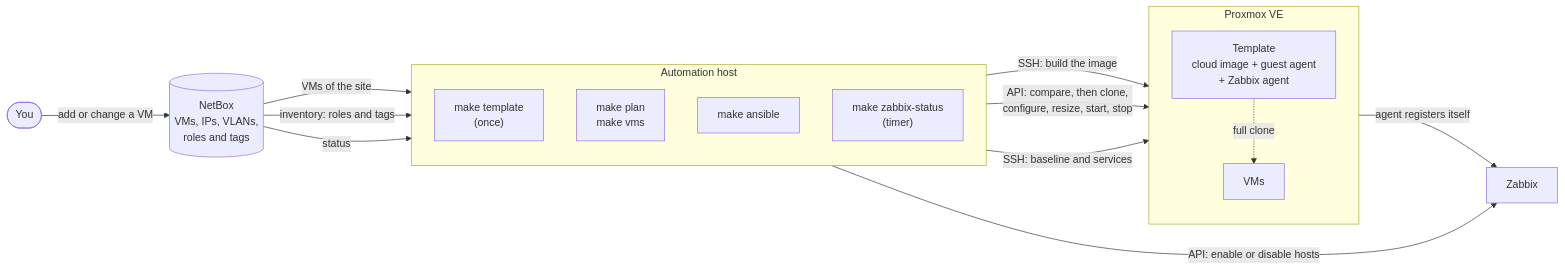
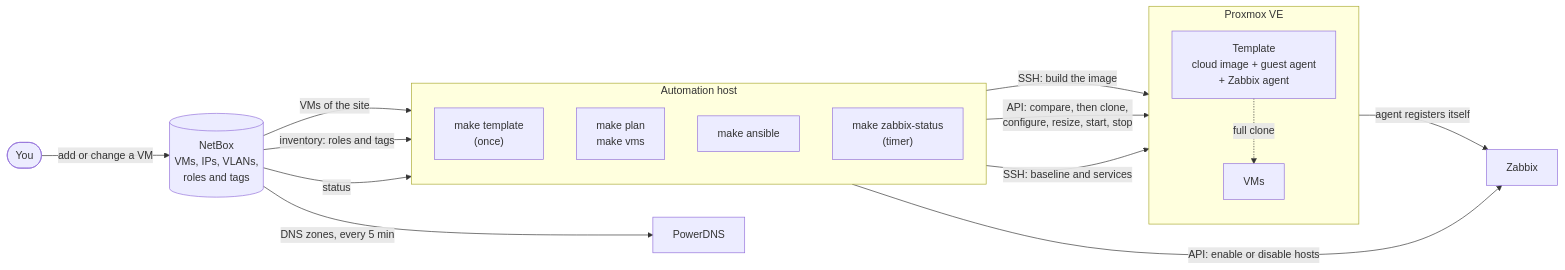
Before and after one commit to Packetflow-be/proxmox-netbox-ansible: the first of 4 diagrams in README.md, drawn with Mermaid. The commit also changed other lines of this file and 47 other files, not shown here.

````diff
--- a/README.md
+++ b/README.md
@@ -23,32 +23,34 @@
 ```mermaid
 flowchart LR
   you(["You"])
   nb[("NetBox<br/>VMs, IPs, VLANs,<br/>roles and tags")]
 
   subgraph ctl["Automation host"]
     direction TB
     tplcmd["make template<br/>(once)"]
     vmscmd["make plan<br/>make vms"]
     anscmd["make ansible"]
     zbxcmd["make zabbix-status<br/>(timer)"]
   end
 
   subgraph pve["Proxmox VE"]
     direction TB
     tpl["Template<br/>cloud image + guest agent<br/>+ Zabbix agent"]
     vm["VMs"]
     tpl -. "full clone" .-> vm
   end
 
   zbx["Zabbix"]
+  dns["PowerDNS"]
 
   you -- "add or change a VM" --> nb
   nb -- "VMs of the site" --> vmscmd
   nb -- "inventory: roles and tags" --> anscmd
   nb -- "status" --> zbxcmd
   tplcmd -- "SSH: build the image" --> tpl
   vmscmd -- "API: compare, then clone,<br/>configure, resize, start, stop" --> vm
   anscmd -- "SSH: baseline and services" --> vm
   vm -- "agent registers itself" --> zbx
   zbxcmd -- "API: enable or disable hosts" --> zbx
+  nb -- "DNS zones, every 5 min" --> dns
 ```
````
